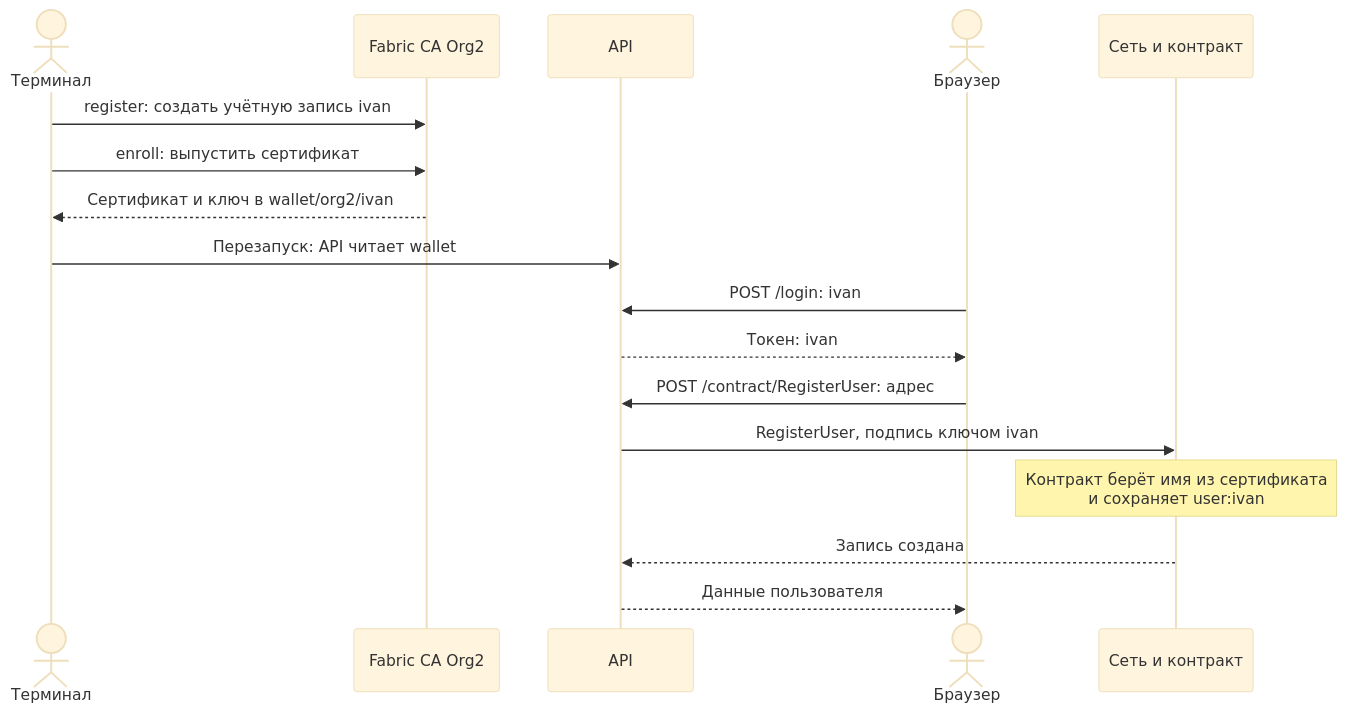
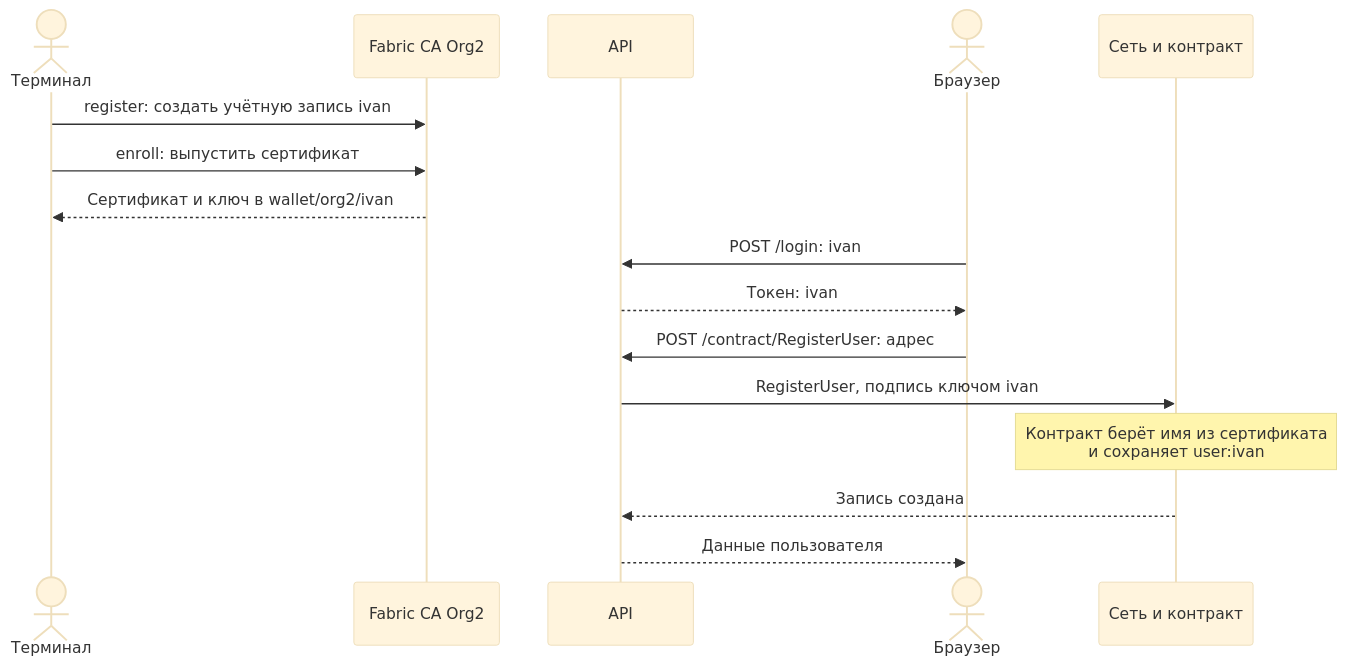
Before and after one commit to DmitroZubroni/HyperLadger-strust-and-start: the sixth of 6 diagrams in ARCHITECTURE.md, drawn with Mermaid (base theme). The commit also changed other lines of this file and 2 other files, not shown here.

````diff
--- a/ARCHITECTURE.md
+++ b/ARCHITECTURE.md
@@ -271,19 +271,18 @@
 ```mermaid
 sequenceDiagram
   actor T as Терминал
   participant CA as Fabric CA Org2
   participant A as API
   actor U as Браузер
   participant N as Сеть и контракт
   T->>CA: register: создать учётную запись ivan
   T->>CA: enroll: выпустить сертификат
   CA-->>T: Сертификат и ключ в wallet/org2/ivan
-  T->>A: Перезапуск: API читает wallet
   U->>A: POST /login: ivan
   A-->>U: Токен: ivan
   U->>A: POST /contract/RegisterUser: адрес
   A->>N: RegisterUser, подпись ключом ivan
   Note over N: Контракт берёт имя из сертификата<br/>и сохраняет user:ivan
   N-->>A: Запись создана
   A-->>U: Данные пользователя
 ```
````
